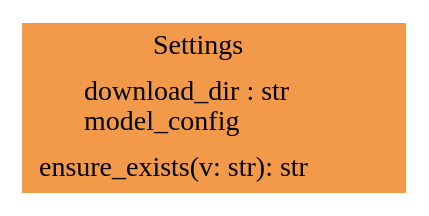
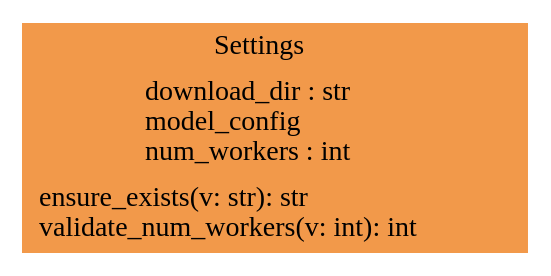
One commit to voidsy-gmbh/pyThermoNDT changed the diagram in docs/pyreverse/graphviz/classes_Overview.gv. Above: the diagram before and after it, drawn with Graphviz. The commit also changed 19 other files, not shown here.

```diff
--- a/docs/pyreverse/graphviz/classes_Overview.gv
+++ b/docs/pyreverse/graphviz/classes_Overview.gv
@@ -1,5 +1,5 @@
 digraph "classes_Overview" {
 rankdir=BT
 charset="utf-8"
-"pythermondt.config.Settings" [color="#F2994A", fontcolor="black", label=<{Settings|download_dir : str<br ALIGN="LEFT"/>model_config<br ALIGN="LEFT"/>|ensure_exists(v: str): str<br ALIGN="LEFT"/>}>, shape="record", style="filled"];
+"pythermondt.config.Settings" [color="#F2994A", fontcolor="black", label=<{Settings|download_dir : str<br ALIGN="LEFT"/>model_config<br ALIGN="LEFT"/>num_workers : int<br ALIGN="LEFT"/>|ensure_exists(v: str): str<br ALIGN="LEFT"/>validate_num_workers(v: int): int<br ALIGN="LEFT"/>}>, shape="record", style="filled"];
 }
```
